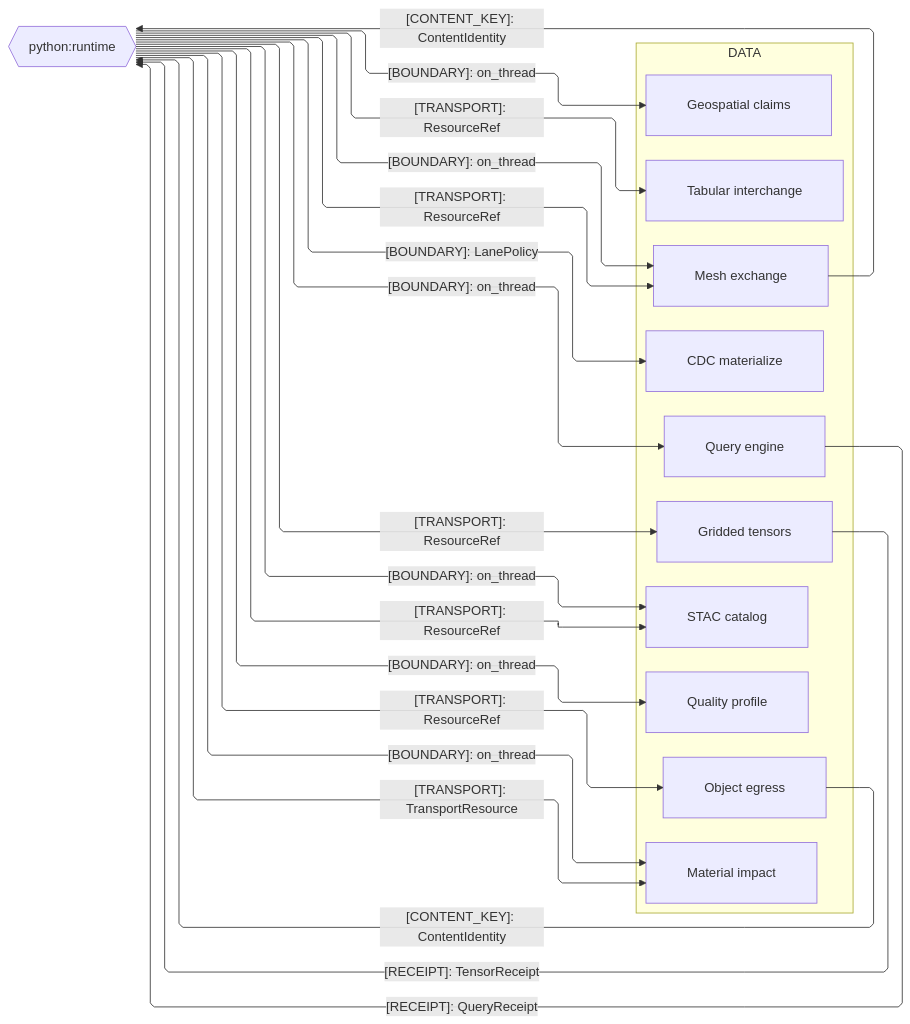
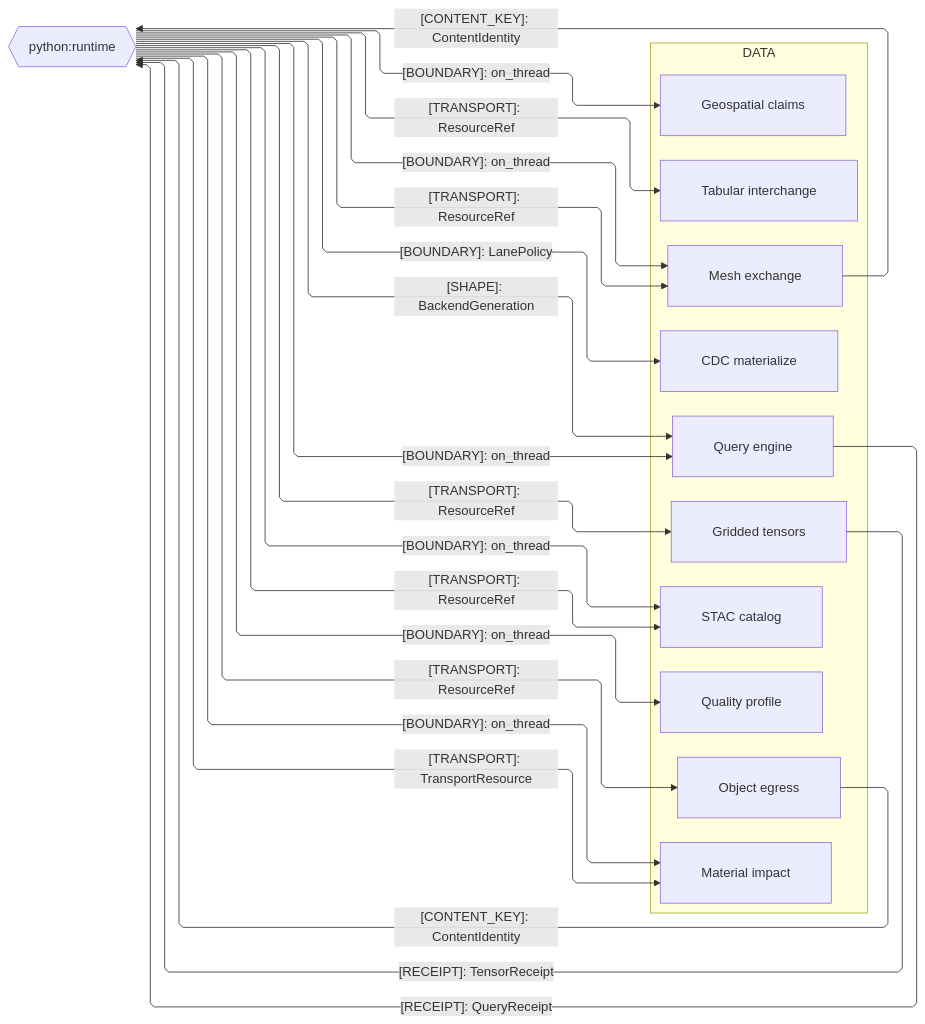
The second of 4 diagrams in libs/python/data/ARCHITECTURE.md (bsamiee/Rasm), drawn with Mermaid before and after one commit. The commit also changed other lines of this file and 486 other files, not shown here.

````diff
--- a/libs/python/data/ARCHITECTURE.md
+++ b/libs/python/data/ARCHITECTURE.md
@@ -110,42 +110,43 @@
 ```mermaid
 ---
 config:
   layout: elk
   flowchart:
     curve: linear
     padding: 25
 ---
 flowchart LR
     accTitle: Data package Python host-runtime seam registry
     accDescr: Data sub-domain owners exchanging content identity, transport, receipts, and thread boundaries with the Python host runtime sibling.
     subgraph data[DATA]
         Tabular[Tabular interchange]
         Egress[Object egress]
         Query[Query engine]
         Materialize[CDC materialize]
         Catalog[STAC catalog]
         Gridded[Gridded tensors]
         Impact[Material impact]
         Profile[Quality profile]
         Geospatial[Geospatial claims]
         Mesh[Mesh exchange]
     end
     Runtime{{python:runtime}}
     Egress e1@-->|"[CONTENT_KEY]: ContentIdentity"| Runtime
     Query e3@-->|"[RECEIPT]: QueryReceipt"| Runtime
     Gridded e19@-->|"[RECEIPT]: TensorReceipt"| Runtime
     Mesh e2@-->|"[CONTENT_KEY]: ContentIdentity"| Runtime
     Runtime e4@-->|"[TRANSPORT]: ResourceRef"| Tabular
     Runtime e20@-->|"[TRANSPORT]: ResourceRef"| Egress
     Runtime e11@-->|"[BOUNDARY]: on_thread"| Query
+    Runtime e26@-->|"[SHAPE]: BackendGeneration"| Query
     Runtime e17@-->|"[BOUNDARY]: LanePolicy"| Materialize
     Runtime e23@-->|"[TRANSPORT]: ResourceRef"| Catalog
     Runtime e18@-->|"[BOUNDARY]: on_thread"| Catalog
     Runtime e21@-->|"[TRANSPORT]: ResourceRef"| Gridded
     Runtime e5@-->|"[TRANSPORT]: TransportResource"| Impact
     Runtime e24@-->|"[BOUNDARY]: on_thread"| Impact
     Runtime e14@-->|"[BOUNDARY]: on_thread"| Profile
     Runtime e12@-->|"[BOUNDARY]: on_thread"| Geospatial
     Runtime e22@-->|"[TRANSPORT]: ResourceRef"| Mesh
     Runtime e13@-->|"[BOUNDARY]: on_thread"| Mesh
 ```
````
